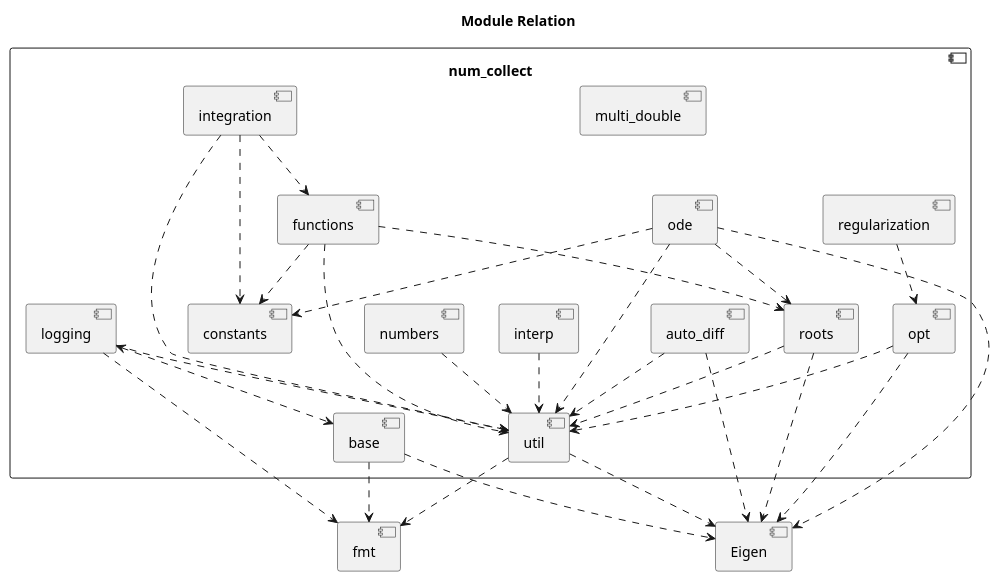
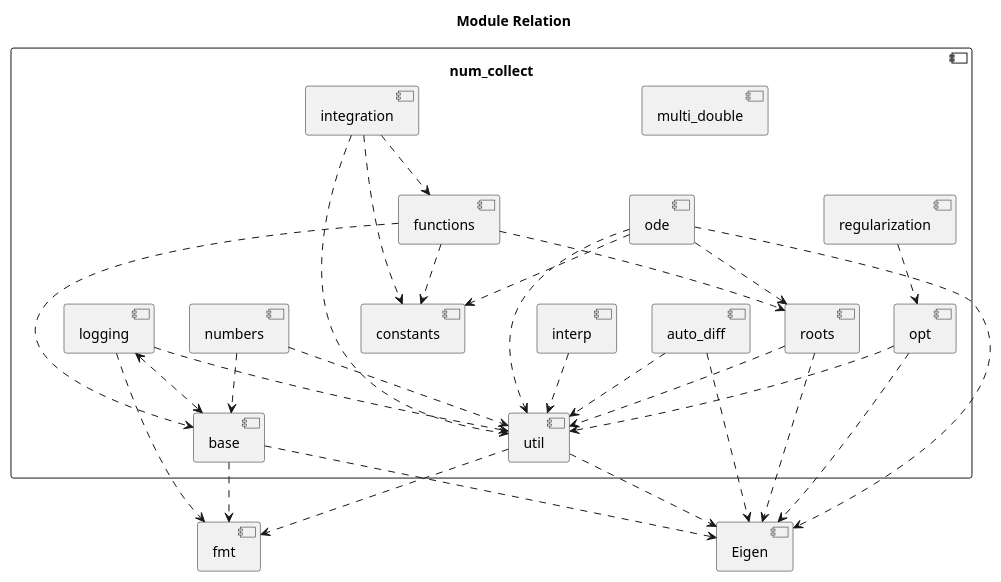
One commit to MusicScience37/numerical-collection-cpp changed the diagram in doc/sphinx/src/modules.rst. Above: the diagram before and after it, drawn with PlantUML. The commit also changed 2 other files, not shown here.

Commit message:
:recycle: Use concepts in functions module.

```diff
--- a/doc/sphinx/src/modules.rst
+++ b/doc/sphinx/src/modules.rst
@@ -6,62 +6,63 @@
 .. uml::
 
     title Module Relation
 
     component fmt
     component Eigen
 
     component num_collect {
         component base
         base ..> fmt
         base ..> Eigen
 
         component util
         util ..> fmt
         util ..> Eigen
 
         component logging
         logging ..> fmt
         logging <..> base
         logging ..> util
 
         component auto_diff
         auto_diff ..> util
         auto_diff ..> Eigen
 
         component opt
         opt ..> util
         opt ..> Eigen
 
         component regularization
         regularization ..> opt
 
         component interp
         interp ..> util
 
         component numbers
+        numbers ..> base
         numbers ..> util
 
         component multi_double
 
         component constants
 
         component roots
         roots ..> util
         roots ..> Eigen
 
         component functions
-        functions ..> util
+        functions ..> base
         functions ..> constants
         functions ..> roots
 
         component integration
         integration ..> util
         integration ..> constants
         integration ..> functions
 
         component ode
         ode ..> util
         ode ..> constants
         ode ..> roots
         ode ..> Eigen
     }
```
